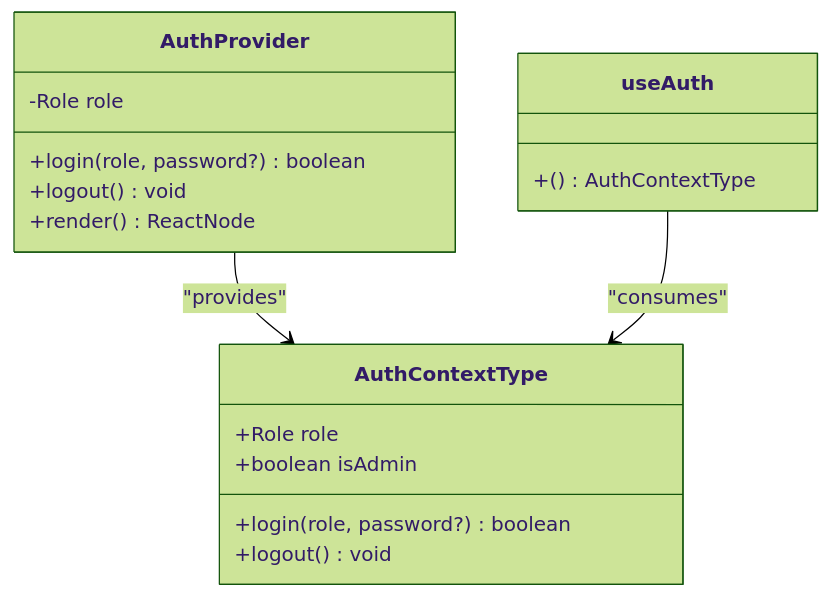
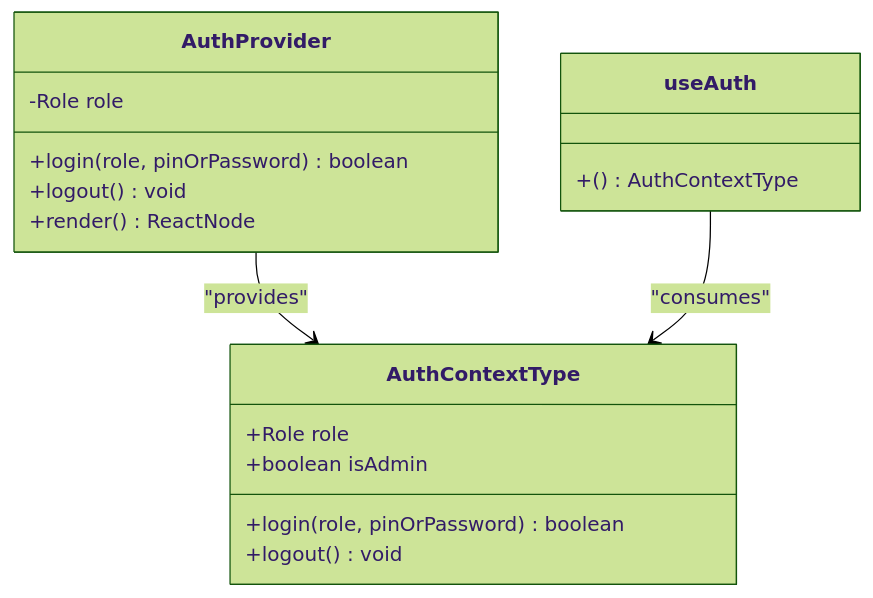
One commit to alifsurya2710/Selamat-Ulang-Tahun changed the third of 7 diagrams in .qoder/repowiki/en/content/Authentication System.md. Above: the diagram before and after it, drawn with Mermaid (forest theme). The commit also changed other lines of this file and 31 other files, not shown here.

````diff
--- a/.qoder/repowiki/en/content/Authentication System.md
+++ b/.qoder/repowiki/en/content/Authentication System.md
@@ -120,20 +134,20 @@
 ```mermaid
 classDiagram
 class AuthContextType {
 +Role role
-+login(role, password?) boolean
++login(role, pinOrPassword) boolean
 +logout() void
 +boolean isAdmin
 }
 class AuthProvider {
 -Role role
-+login(role, password?) boolean
++login(role, pinOrPassword) boolean
 +logout() void
 +render() ReactNode
 }
 class useAuth {
 +() AuthContextType
 }
 AuthProvider --> AuthContextType : "provides"
 useAuth --> AuthContextType : "consumes"
 ```
````
